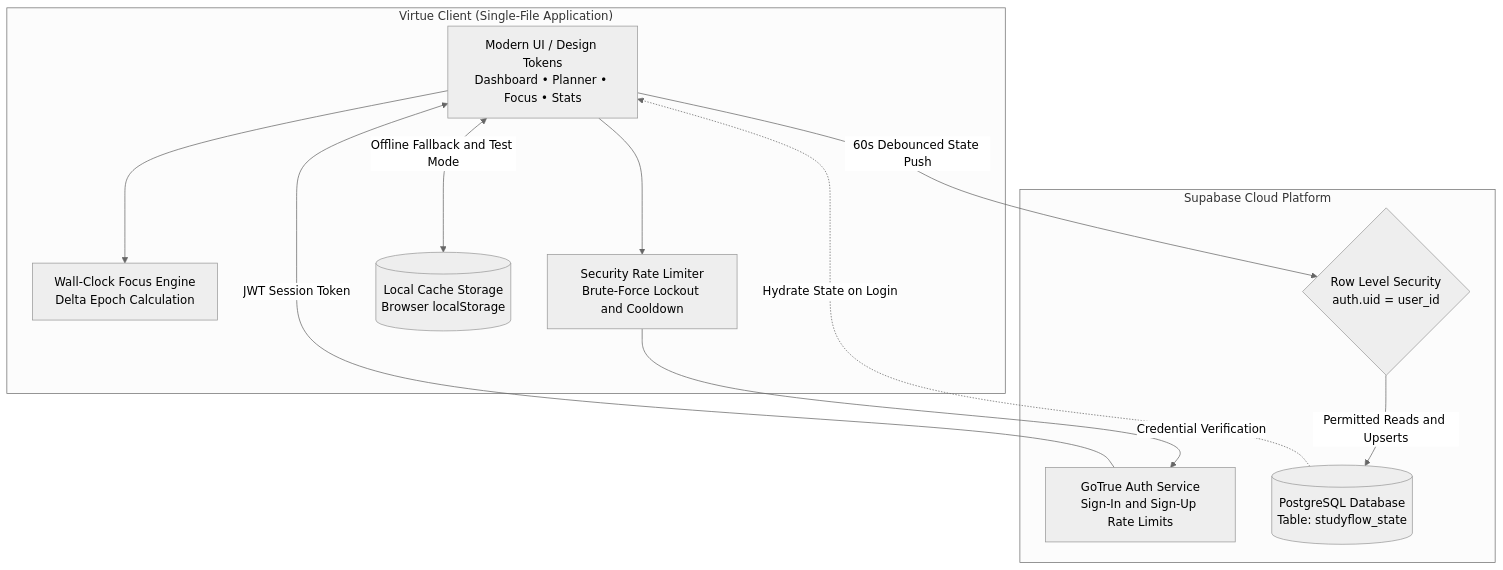
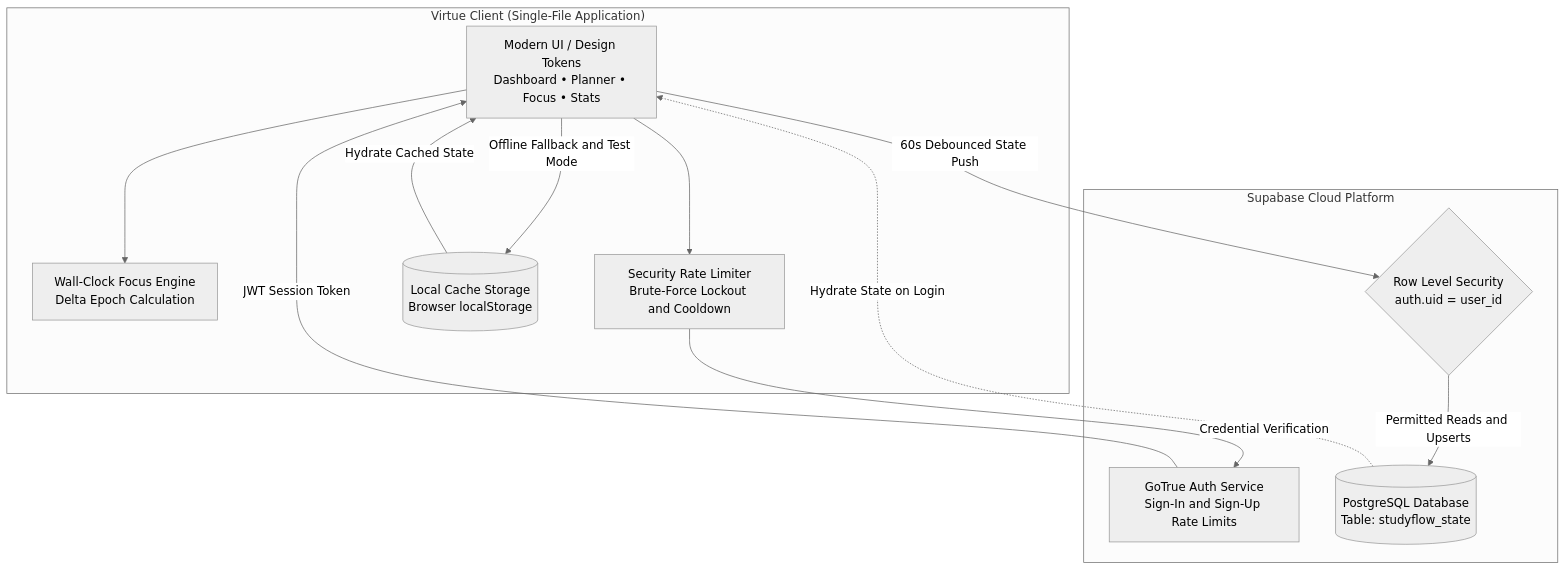
The diagram in README.md (goateddhleminh/Virtue), drawn with Mermaid (neutral theme) before and after one commit. The commit also changed 1 other file, not shown here.

Commit message:
feat(profile): add custom photo upload & image URL support, and high-contrast avatar borders

````diff
--- a/README.md
+++ b/README.md
@@ -56,25 +56,26 @@
 ```mermaid
 flowchart TD
     subgraph Client["Virtue Client (Single-File Application)"]
         UI["Modern UI / Design Tokens<br/>Dashboard • Planner • Focus • Stats"]
         Engine["Wall-Clock Focus Engine<br/>Delta Epoch Calculation"]
         AuthLimiter["Security Rate Limiter<br/>Brute-Force Lockout and Cooldown"]
         LocalStore[("Local Cache Storage<br/>Browser localStorage")]
     end
 
     subgraph Supabase["Supabase Cloud Platform"]
         GoTrue["GoTrue Auth Service<br/>Sign-In and Sign-Up Rate Limits"]
         RLS{"Row Level Security<br/>auth.uid = user_id"}
         Postgres[("PostgreSQL Database<br/>Table: studyflow_state")]
     end
 
     UI --> Engine
     UI --> AuthLimiter
     AuthLimiter -->|Credential Verification| GoTrue
     GoTrue -->|JWT Session Token| UI
 
     UI -->|60s Debounced State Push| RLS
     RLS -->|Permitted Reads and Upserts| Postgres
     Postgres -.->|Hydrate State on Login| UI
-    UI <-->|Offline Fallback and Test Mode| LocalStore
+    UI -->|Offline Fallback and Test Mode| LocalStore
+    LocalStore -->|Hydrate Cached State| UI
 ```
````
